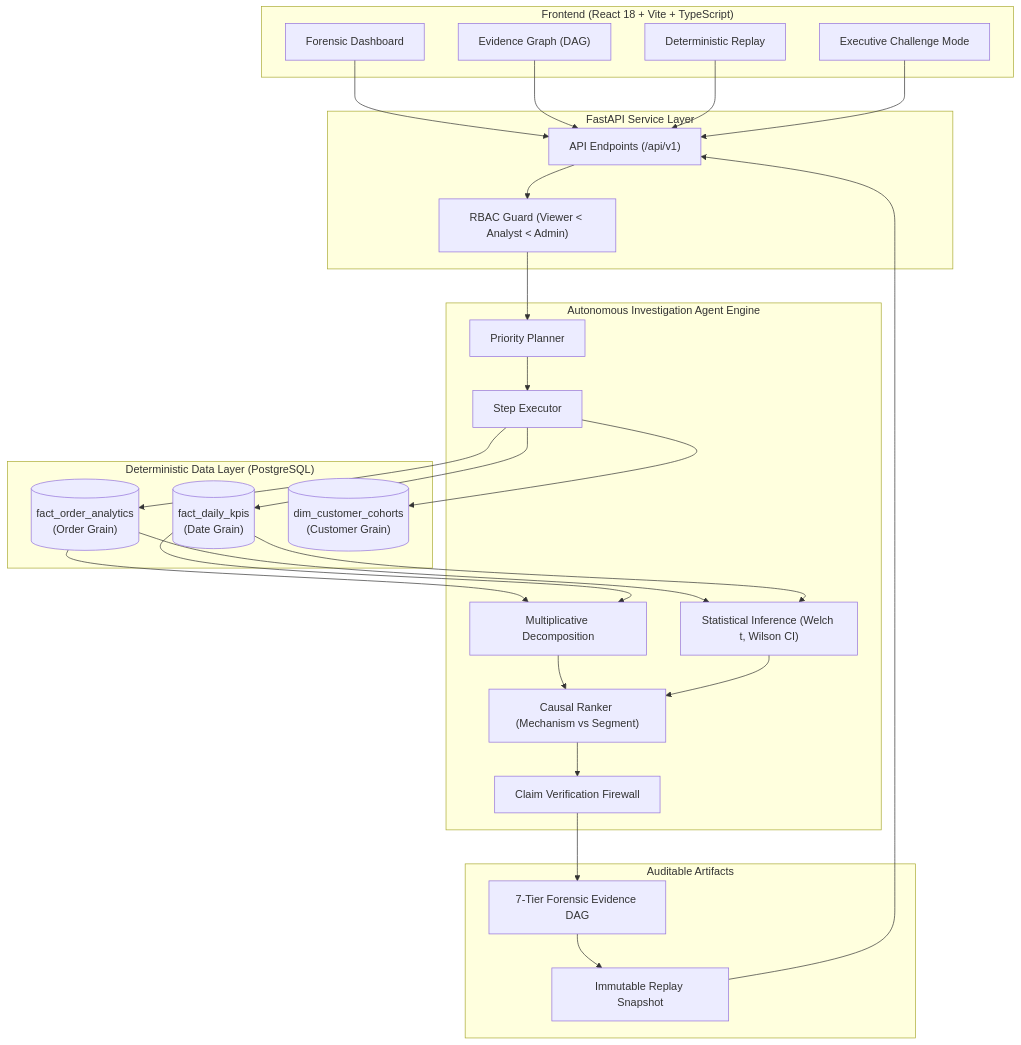
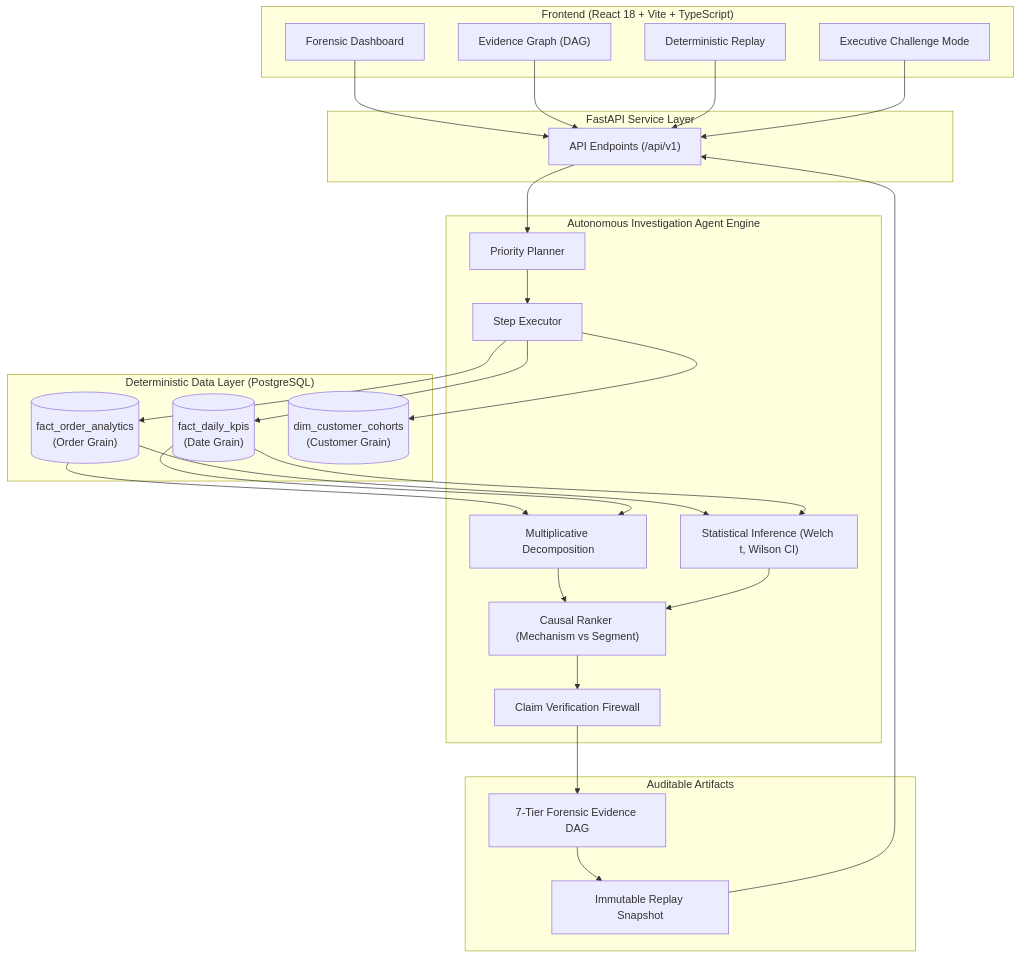
Before and after one commit to Ishita-1408/RootCause-AI: the diagram in README.md, drawn with Mermaid. The commit also changed other lines of this file and 17 other files, not shown here.

````diff
--- a/README.md
+++ b/README.md
@@ -47,41 +47,40 @@
 ```mermaid
 flowchart TD
     subgraph Client ["Frontend (React 18 + Vite + TypeScript)"]
         UI["Forensic Dashboard"]
         GraphUI["Evidence Graph (DAG)"]
         ReplayUI["Deterministic Replay"]
         ChallengeUI["Executive Challenge Mode"]
     end
 
     subgraph API ["FastAPI Service Layer"]
         Router["API Endpoints (/api/v1)"]
-        Auth["RBAC Guard (Viewer < Analyst < Admin)"]
     end
 
     subgraph Agent ["Autonomous Investigation Agent Engine"]
         Planner["Priority Planner"]
         Executor["Step Executor"]
         Decomp["Multiplicative Decomposition"]
         Stat["Statistical Inference (Welch t, Wilson CI)"]
         Ranker["Causal Ranker (Mechanism vs Segment)"]
         Firewall["Claim Verification Firewall"]
     end
 
     subgraph Storage ["Deterministic Data Layer (PostgreSQL)"]
         Marts[("fact_order_analytics\n(Order Grain)")]
         Daily[("fact_daily_kpis\n(Date Grain)")]
         Cohorts[("dim_customer_cohorts\n(Customer Grain)")]
     end
 
     subgraph Outputs ["Auditable Artifacts"]
         DAG["7-Tier Forensic Evidence DAG"]
         Snap["Immutable Replay Snapshot"]
     end
 
     UI & GraphUI & ReplayUI & ChallengeUI --> Router
-    Router --> Auth --> Planner
+    Router --> Planner
     Planner --> Executor
     Executor --> Marts & Daily & Cohorts
     Marts & Daily --> Decomp & Stat
     Decomp & Stat --> Ranker --> Firewall --> DAG --> Snap --> Router
 ```
````
